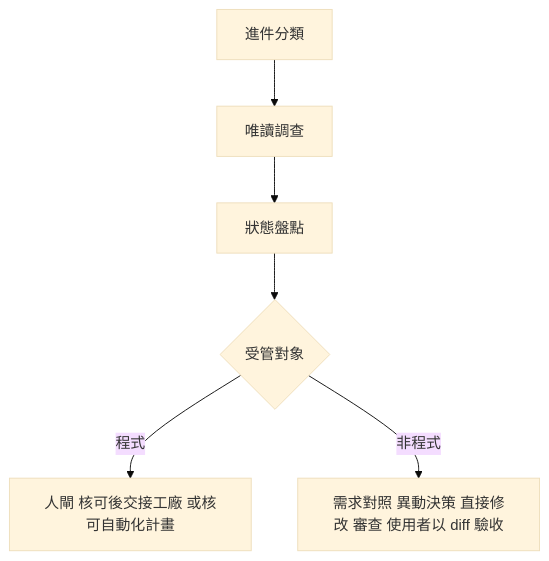
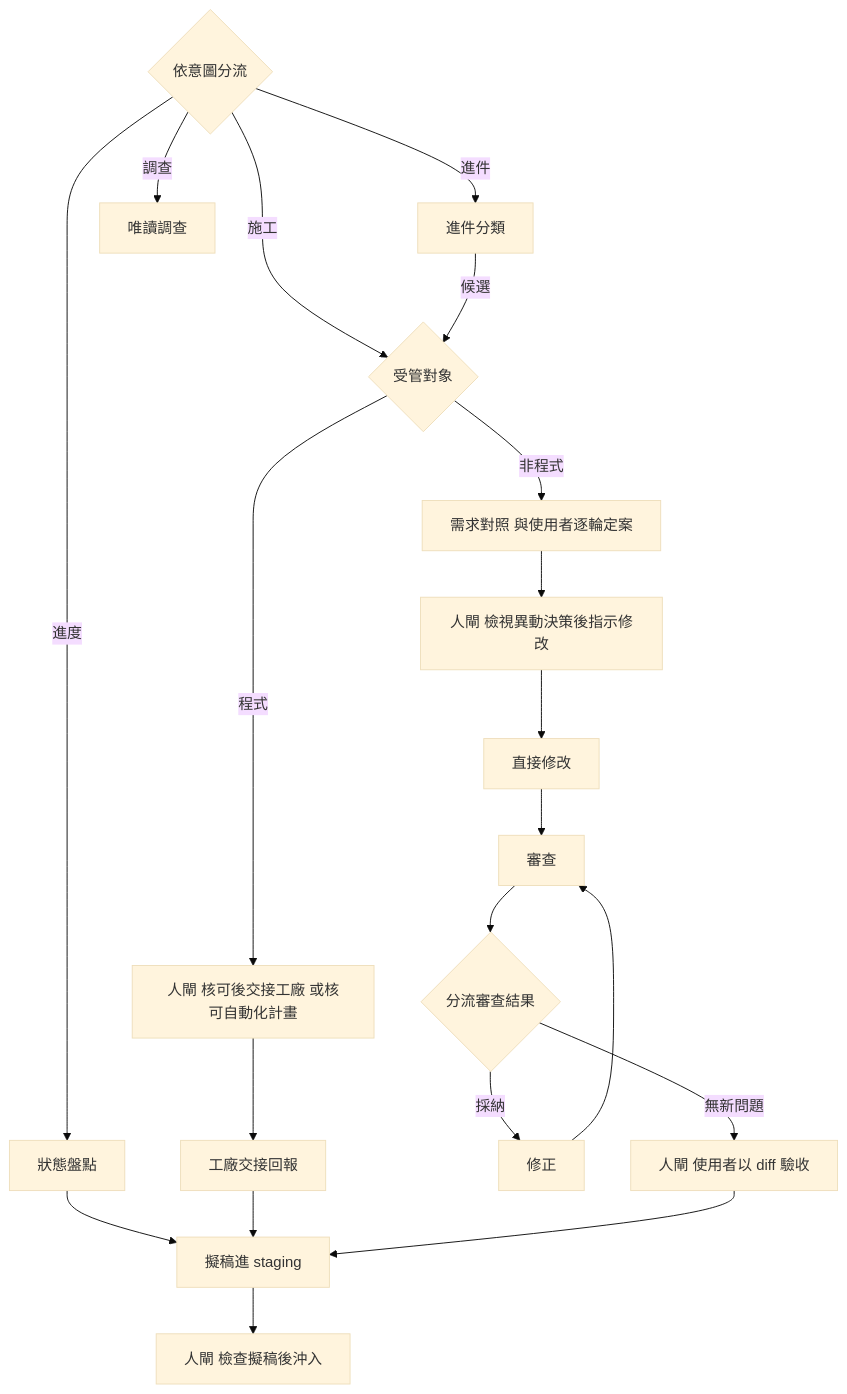
The third of 4 diagrams in README.md (nekojuice/.agents), drawn with Mermaid (base theme) before and after one commit. The commit also changed other lines of this file, not shown here.

First line of the commit message:
docs(readme): 更新專案邏輯與各模式流程圖

````diff
--- a/README.md
+++ b/README.md
@@ -76,8 +118,22 @@
 ```mermaid
 flowchart TD
-  A[進件分類] --> B[唯讀調查]
-  B --> C[狀態盤點]
-  C --> D{受管對象}
-  D -- 程式 --> E[人閘 核可後交接工廠 或核可自動化計畫]
-  D -- 非程式 --> F[需求對照 異動決策 直接修改 審查 使用者以 diff 驗收]
+  A{依意圖分流} -- 進件 --> B[進件分類]
+  A -- 調查 --> C[唯讀調查]
+  A -- 進度 --> D[狀態盤點]
+  A -- 施工 --> E{受管對象}
+  B -- 候選 --> E
+  D --> S
+  E -- 程式 --> F[人閘 核可後交接工廠 或核可自動化計畫]
+  F --> G[工廠交接回報]
+  G --> S[擬稿進 staging]
+  E -- 非程式 --> N1[需求對照 與使用者逐輪定案]
+  N1 --> N2[人閘 檢視異動決策後指示修改]
+  N2 --> N3[直接修改]
+  N3 --> N4[審查]
+  N4 --> N5{分流審查結果}
+  N5 -- 採納 --> N6[修正]
+  N6 --> N4
+  N5 -- 無新問題 --> N7[人閘 使用者以 diff 驗收]
+  N7 --> S
+  S --> T[人閘 檢查擬稿後沖入]
 ```
````
